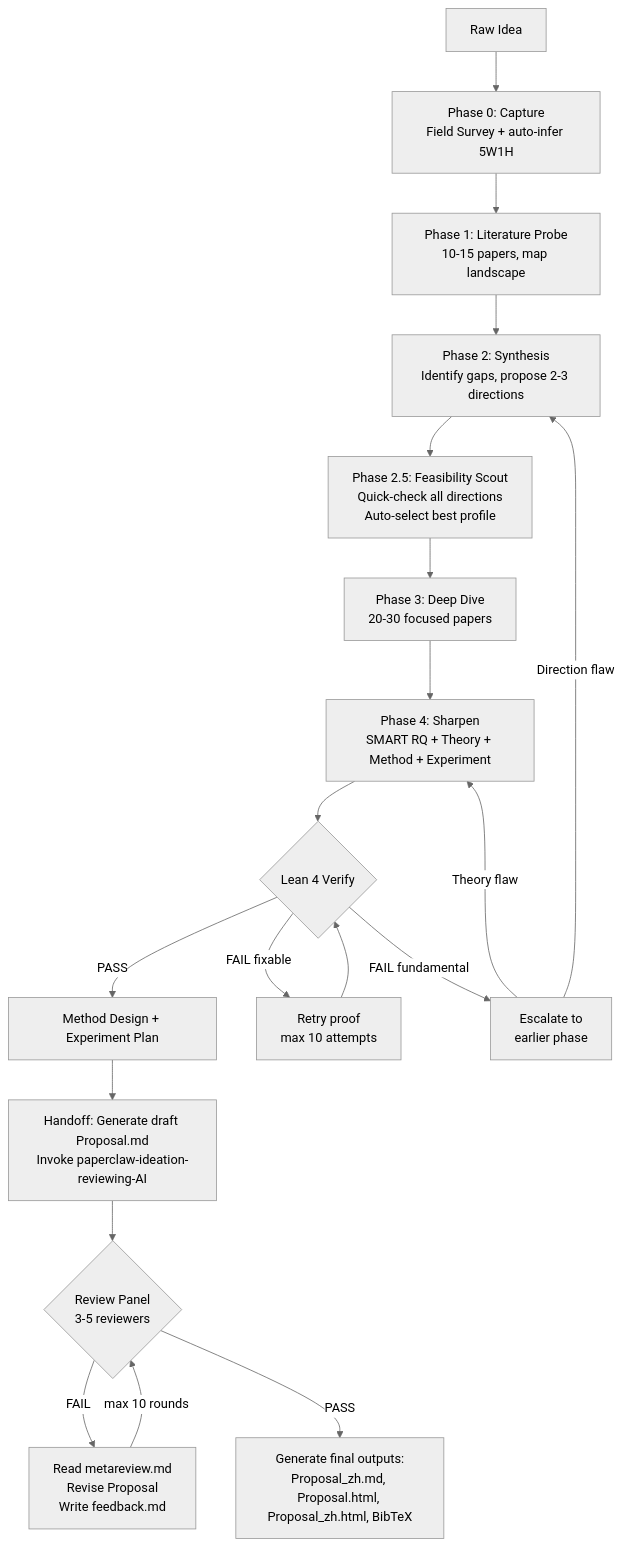
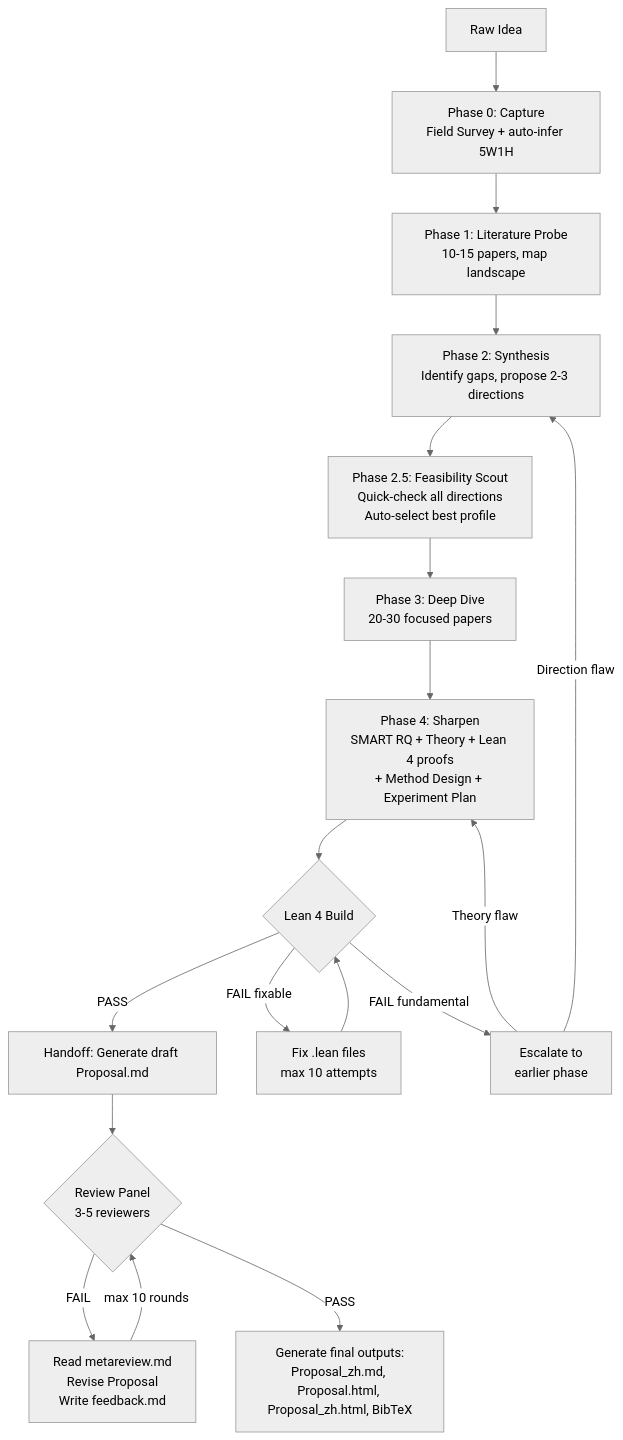
Before and after one commit to Paper-Claw/PaperClaw: the diagram in .claude/skills/paperclaw-ideation-AI/SKILL.md, drawn with Mermaid (neutral theme). The commit also changed other lines of this file and 5 other files, not shown here.

First line of the commit message:
feat(skill): restructure ideation pipeline to main-session dispatcher architecture

````diff
--- a/.claude/skills/paperclaw-ideation-AI/SKILL.md
+++ b/.claude/skills/paperclaw-ideation-AI/SKILL.md
@@ -55,21 +55,20 @@
 ```mermaid
 flowchart TD
     RAW[Raw Idea] --> P0[Phase 0: Capture\nField Survey + auto-infer 5W1H]
     P0 --> P1[Phase 1: Literature Probe\n10-15 papers, map landscape]
     P1 --> P2[Phase 2: Synthesis\nIdentify gaps, propose 2-3 directions]
     P2 --> P25[Phase 2.5: Feasibility Scout\nQuick-check all directions\nAuto-select best profile]
     P25 --> P3[Phase 3: Deep Dive\n20-30 focused papers]
-    P3 --> P4[Phase 4: Sharpen\nSMART RQ + Theory + Method + Experiment]
-    P4 --> LEAN{Lean 4 Verify}
-    LEAN -->|PASS| METHOD[Method Design + Experiment Plan]
-    LEAN -->|FAIL fixable| RETRY[Retry proof\nmax 10 attempts]
+    P3 --> P4[Phase 4: Sharpen\nSMART RQ + Theory + Lean 4 proofs\n+ Method Design + Experiment Plan]
+    P4 --> LEAN{Lean 4 Build}
+    LEAN -->|PASS| HANDOFF[Handoff: Generate draft Proposal.md]
+    LEAN -->|FAIL fixable| RETRY[Fix .lean files\nmax 10 attempts]
     RETRY --> LEAN
     LEAN -->|FAIL fundamental| ESCALATE[Escalate to\nearlier phase]
     ESCALATE -->|Theory flaw| P4
     ESCALATE -->|Direction flaw| P2
-    METHOD --> HANDOFF[Handoff: Generate draft Proposal.md\nInvoke paperclaw-ideation-reviewing-AI]
     HANDOFF --> REVIEW{Review Panel\n3-5 reviewers}
     REVIEW -->|FAIL| REVISE[Read metareview.md\nRevise Proposal\nWrite feedback.md]
     REVISE -->|max 10 rounds| REVIEW
     REVIEW -->|PASS| FINAL[Generate final outputs:\nProposal_zh.md, Proposal.html, Proposal_zh.html, BibTeX]
 ```
````
